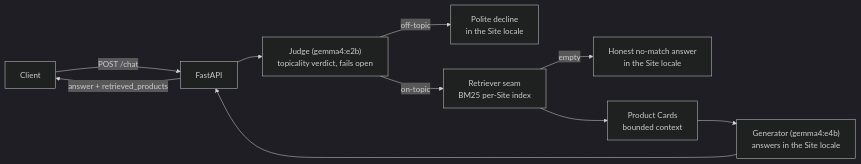
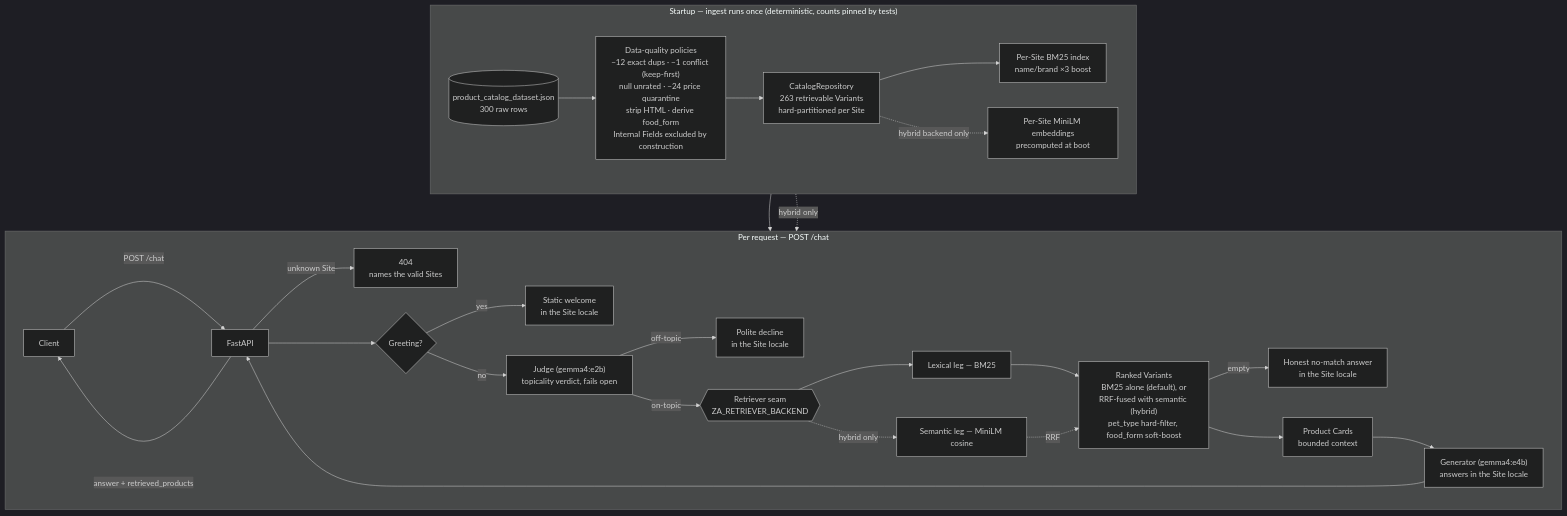
One commit to AndresRubio/test_z changed the diagram in README.md. Above: the diagram before and after it, drawn with Mermaid (dark theme). The commit also changed other lines of this file and 1 other file, not shown here.

Commit message:
docs: sync README diagram + AGENTS flow with ingest, hybrid, greeting
The High-Level Design mermaid showed only the runtime Judge->Retriever->
Generator path. Redraw it with two subgraphs so it matches the code:

- Startup/ingest stage: dataset -> data-quality policies -> per-Site
  CatalogRepository -> BM25 index (+ opt-in MiniLM embeddings), counts
  pinned by test_real_dataset_counts_match_the_known_traps.
- Hybrid retrieval (ADR 0003): the Retriever seam fans into a BM25 leg
  and a dashed opt-in semantic leg fused via RRF.
- Greeting fast-path and Site-first 404, both already in service.py.

Also note the greeting fast-path in the README Chat bullet and the
AGENTS.md cross-cutting flow line.

````diff
--- a/README.md
+++ b/README.md
@@ -10,12 +10,34 @@
 ```mermaid
-flowchart LR
-    C[Client] -->|POST /chat| A[FastAPI]
-    A --> J["Judge (gemma4:e2b)\ntopicality verdict, fails open"]
-    J -->|off-topic| D["Polite decline\nin the Site locale"]
-    J -->|on-topic| R["Retriever seam\nBM25 per-Site index"]
-    R -->|empty| N["Honest no-match answer\nin the Site locale"]
-    R --> P["Product Cards\nbounded context"]
-    P --> G["Generator (gemma4:e4b)\nanswers in the Site locale"]
-    G --> A
-    A -->|answer + retrieved_products| C
+flowchart TB
+    subgraph ingest["Startup — ingest runs once (deterministic, counts pinned by tests)"]
+        direction LR
+        DS[("product_catalog_dataset.json\n300 raw rows")]
+        DS --> POL["Data-quality policies\n−12 exact dups · −1 conflict (keep-first)\nnull unrated · −24 price quarantine\nstrip HTML · derive food_form\nInternal Fields excluded by construction"]
+        POL --> REPO["CatalogRepository\n263 retrievable Variants\nhard-partitioned per Site"]
+        REPO --> IDX["Per-Site BM25 index\nname/brand ×3 boost"]
+        REPO -.->|hybrid backend only| EMB["Per-Site MiniLM embeddings\nprecomputed at boot"]
+    end
+
+    subgraph chat["Per request — POST /chat"]
+        direction LR
+        C[Client] -->|POST /chat| A[FastAPI]
+        A -->|unknown Site| ERR["404\nnames the valid Sites"]
+        A --> H{"Greeting?"}
+        H -->|yes| GR["Static welcome\nin the Site locale"]
+        H -->|no| J["Judge (gemma4:e2b)\ntopicality verdict, fails open"]
+        J -->|off-topic| D["Polite decline\nin the Site locale"]
+        J -->|on-topic| R{{"Retriever seam\nZA_RETRIEVER_BACKEND"}}
+        R --> BM["Lexical leg — BM25"]
+        R -.->|hybrid only| SE["Semantic leg — MiniLM cosine"]
+        BM --> FUSE["Ranked Variants\nBM25 alone (default), or\nRRF-fused with semantic (hybrid)\npet_type hard-filter, food_form soft-boost"]
+        SE -.->|RRF| FUSE
+        FUSE -->|empty| N["Honest no-match answer\nin the Site locale"]
+        FUSE --> P["Product Cards\nbounded context"]
+        P --> G["Generator (gemma4:e4b)\nanswers in the Site locale"]
+        G --> A
+        A -->|answer + retrieved_products| C
+    end
+
+    IDX --> BM
+    EMB -.->|hybrid only| SE
 ```
````
